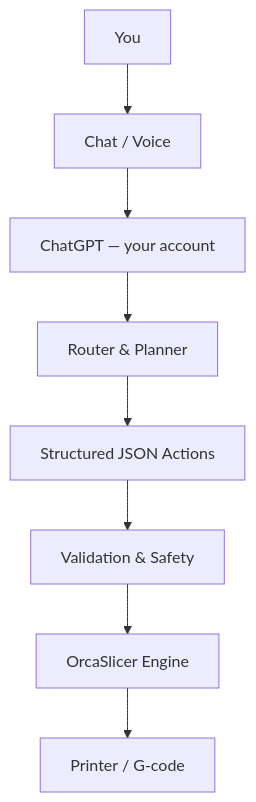
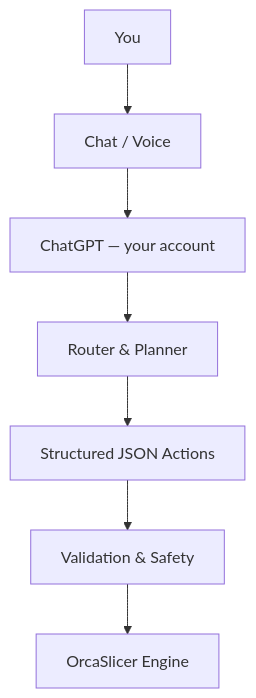
Before and after one commit to HSU-LEE/VerSlicer: the diagram in README.md, drawn with Mermaid. The commit also changed other lines of this file, not shown here.

````diff
--- a/README.md
+++ b/README.md
@@ -60,10 +126,9 @@
 ```mermaid
 flowchart TD
     U[You] --> C[Chat / Voice]
     C --> O[ChatGPT — your account]
     O --> R[Router & Planner]
     R --> A[Structured JSON Actions]
     A --> V[Validation & Safety]
     V --> E[OrcaSlicer Engine]
-    E --> P[Printer / G-code]
 ```
````
